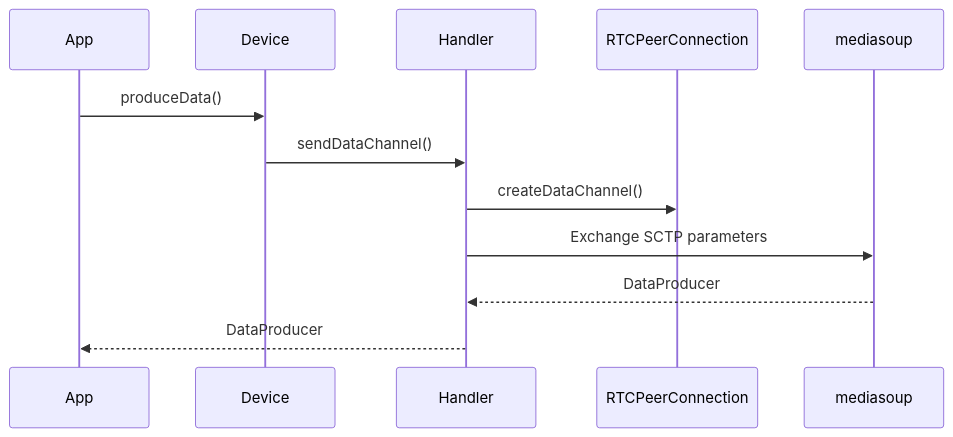
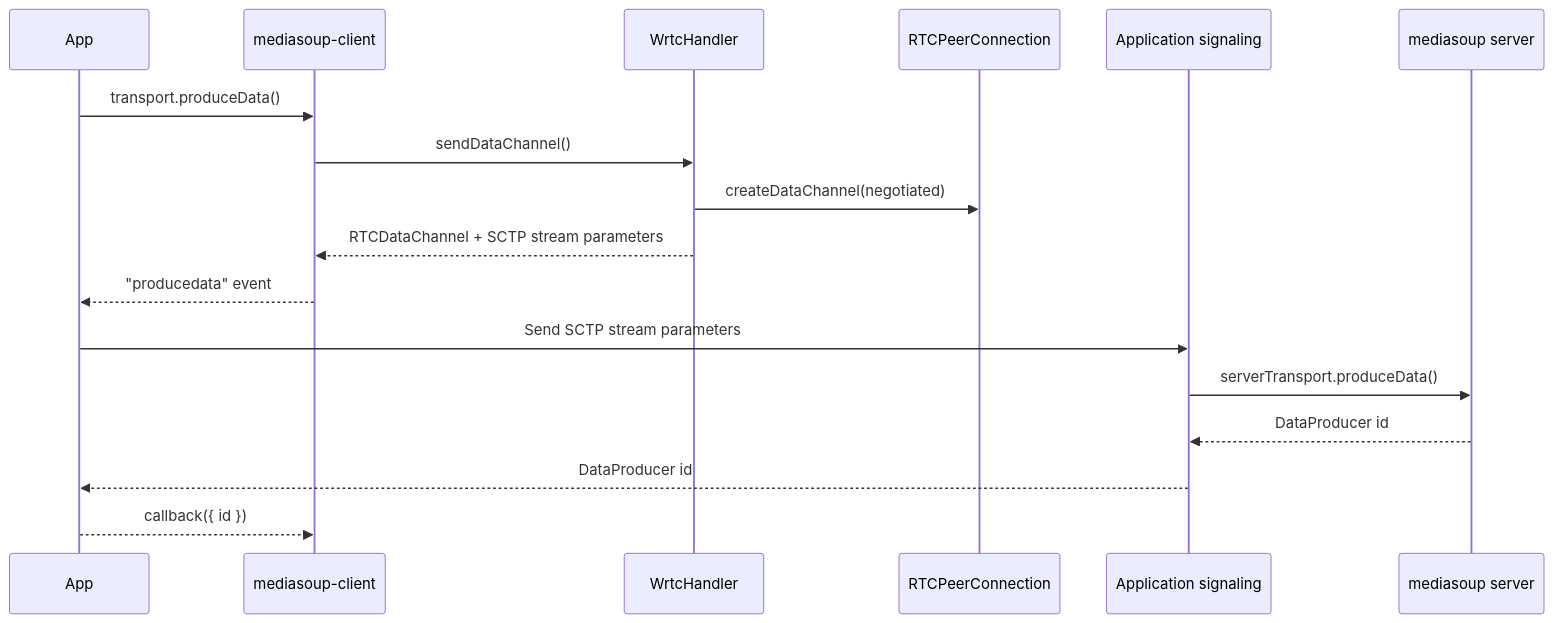
One commit to piranna/piranna.github.io changed the eighth of 28 diagrams in _drafts/Beyond-the-Browser-Running-mediasoup-client-in-Node.js-as-a-Headless-WebRTC-Endpoint.md. Above: the diagram before and after it, drawn with Mermaid. The commit also changed other lines of this file, not shown here.

````diff
--- a/_drafts/Beyond-the-Browser-Running-mediasoup-client-in-Node.js-as-a-Headless-WebRTC-Endpoint.md
+++ b/_drafts/Beyond-the-Browser-Running-mediasoup-client-in-Node.js-as-a-Headless-WebRTC-Endpoint.md
@@ -584,16 +579,21 @@
 ```mermaid
 sequenceDiagram
 
 participant App
-participant Device
-participant Handler
+participant Device as mediasoup-client
+participant Handler as WrtcHandler
 participant PC as RTCPeerConnection
-participant MS as mediasoup
+participant Signaling as Application signaling
+participant MS as mediasoup server
 
-App->>Device: produceData()
+App->>Device: transport.produceData()
 Device->>Handler: sendDataChannel()
-Handler->>PC: createDataChannel()
-Handler->>MS: Exchange SCTP parameters
-MS-->>Handler: DataProducer
-Handler-->>App: DataProducer
+Handler->>PC: createDataChannel(negotiated)
+Handler-->>Device: RTCDataChannel + SCTP stream parameters
+Device-->>App: "producedata" event
+App->>Signaling: Send SCTP stream parameters
+Signaling->>MS: serverTransport.produceData()
+MS-->>Signaling: DataProducer id
+Signaling-->>App: DataProducer id
+App-->>Device: callback({ id })
 ```
````
